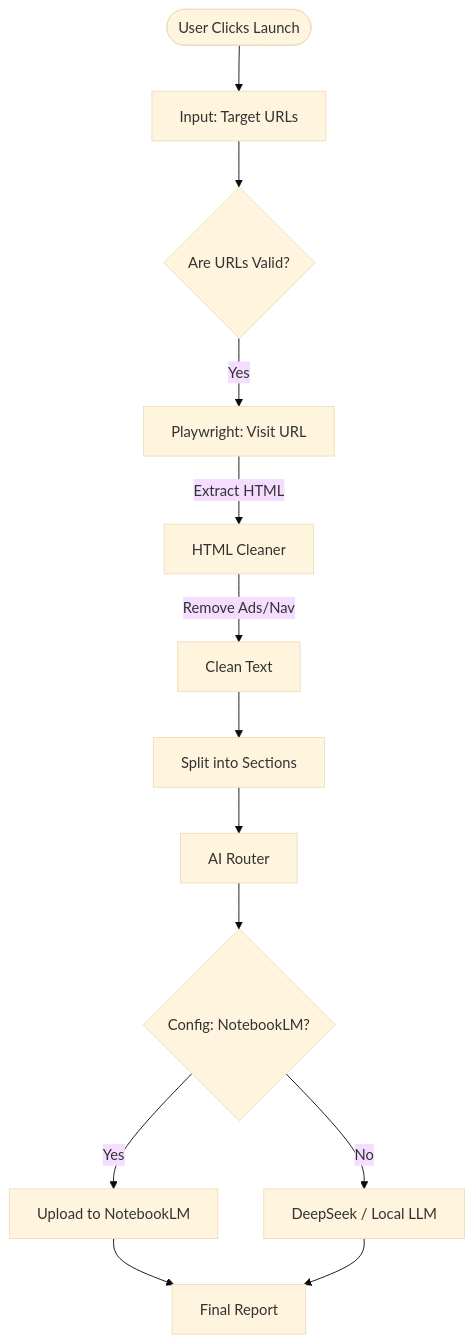
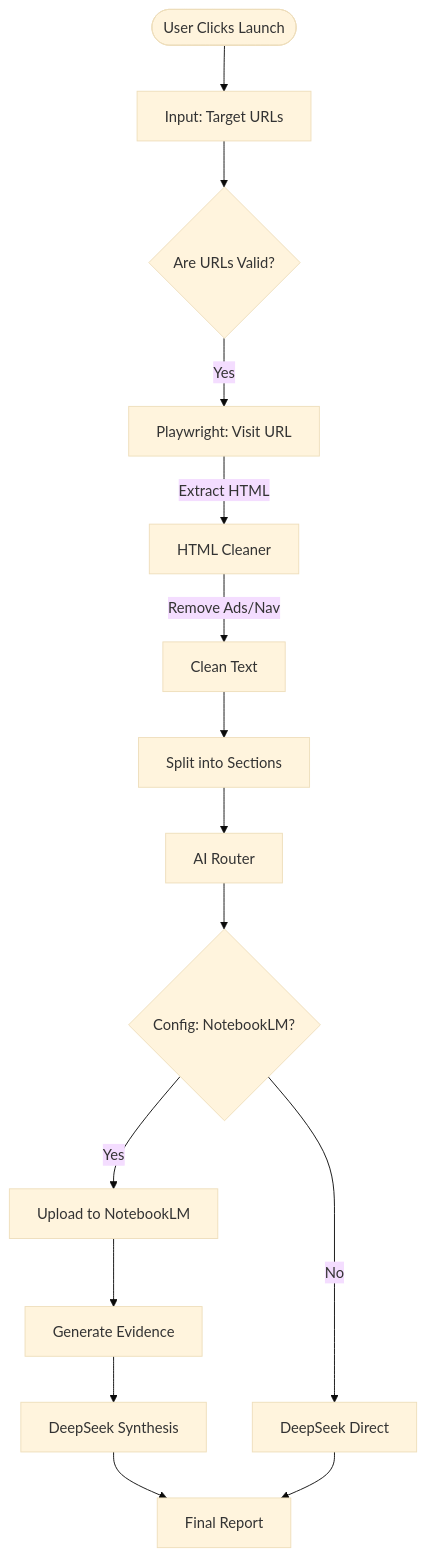
The diagram in flow_direct.md (lakshman81-ai/NotebooklmCrawler), drawn with Mermaid (base theme) before and after one commit. The commit also changed 3 other files, not shown here.

Commit message:
Update intelligence flow documentation for Two-Stage AI and Auto constraints

````diff
--- a/flow_direct.md
+++ b/flow_direct.md
@@ -18,19 +18,25 @@
 ```mermaid
 graph TD
     Start([User Clicks Launch]) --> Input[Input: Target URLs]
     Input --> Validation{Are URLs Valid?}
 
     Validation -- Yes --> Fetch[Playwright: Visit URL]
     Fetch -- "Extract HTML" --> Cleaner[HTML Cleaner]
     Cleaner -- "Remove Ads/Nav" --> Content[Clean Text]
 
     Content --> Chunker[Split into Sections]
     Chunker --> AI_Router[AI Router]
 
     AI_Router --> Method{Config: NotebookLM?}
+
+    %% Mode A
     Method -- Yes --> Upload[Upload to NotebookLM]
-    Method -- No --> LLM[DeepSeek / Local LLM]
+    Upload --> Evidence[Generate Evidence]
+    Evidence --> DeepSeek[DeepSeek Synthesis]
 
-    Upload --> Final[Final Report]
+    %% Mode B
+    Method -- No --> LLM[DeepSeek Direct]
+
+    DeepSeek --> Final[Final Report]
     LLM --> Final
 ```
````
